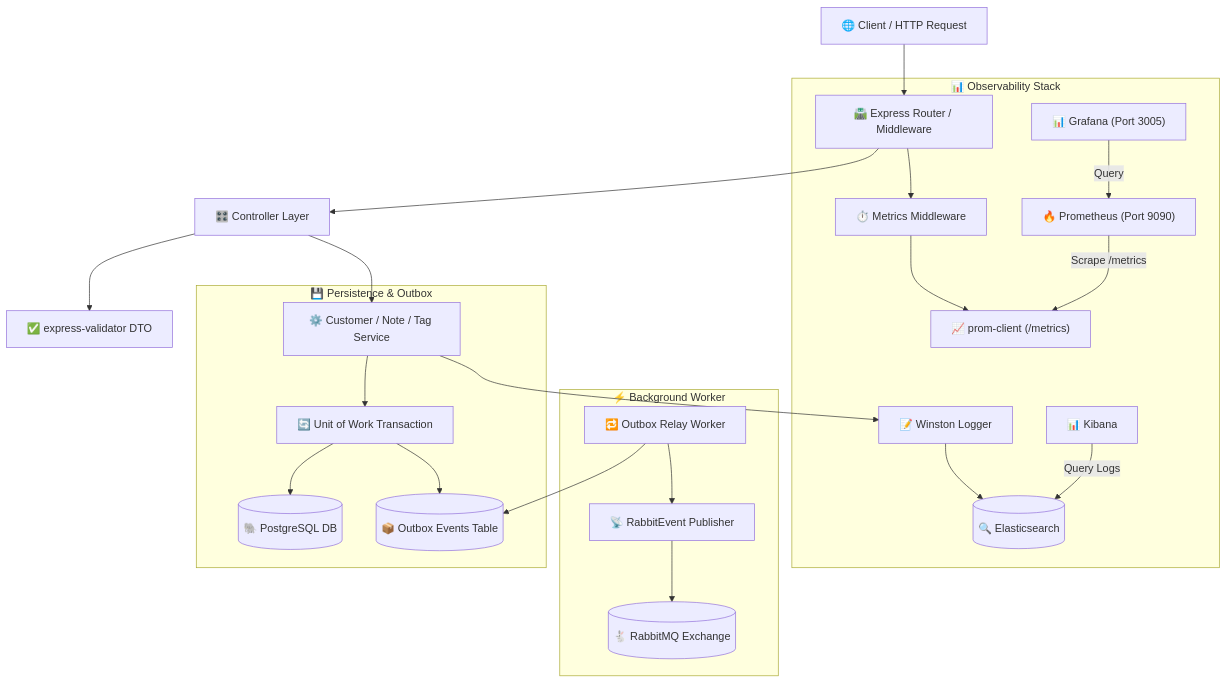
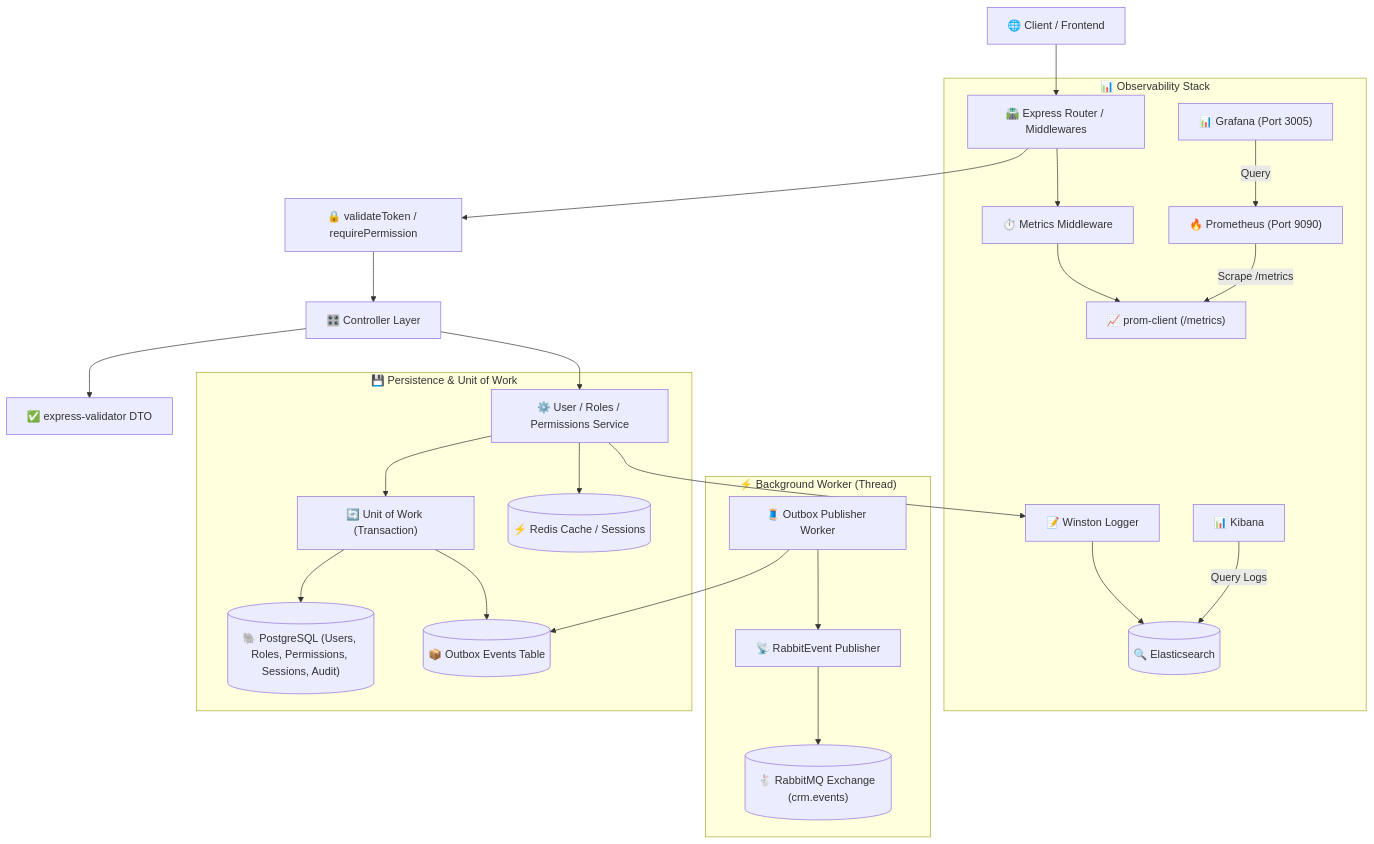
Before and after one commit to nrv23/StreamCRM-App: the first of 3 diagrams in apps/auth-service/README.md, drawn with Mermaid. The commit also changed other lines of this file and 8 other files, not shown here.

Commit message:
pasar el endpoint de set permissions a permissions.service y agregar el readme del auth service

````diff
--- a/apps/auth-service/README.md
+++ b/apps/auth-service/README.md
@@ -66,29 +74,31 @@
 ```mermaid
 graph TD
-    Client["🌐 Client / HTTP Request"] --> API["🛣️ Express Router / Middleware"]
-    API --> Ctrl["🎛️ Controller Layer"]
+    Client["🌐 Client / Frontend"] --> ExpressRouter["🛣️ Express Router / Middlewares"]
+    ExpressRouter --> AuthMW["🔒 validateToken / requirePermission"]
+    AuthMW --> Ctrl["🎛️ Controller Layer"]
     Ctrl --> Validator["✅ express-validator DTO"]
-    Ctrl --> Service["⚙️ Customer / Note / Tag Service"]
+    Ctrl --> Service["⚙️ User / Roles / Permissions Service"]
     
-    subgraph Persistence ["💾 Persistence & Outbox"]
-        Service --> UOW["🔄 Unit of Work Transaction"]
-        UOW --> DB[("🐘 PostgreSQL DB")]
+    subgraph Persistence ["💾 Persistence & Unit of Work"]
+        Service --> UOW["🔄 Unit of Work (Transaction)"]
+        UOW --> DB[("🐘 PostgreSQL (Users, Roles, Permissions, Sessions, Audit)")]
         UOW --> Outbox[("📦 Outbox Events Table")]
+        Service --> Redis[("⚡ Redis Cache / Sessions")]
     end
 
-    subgraph Background ["⚡ Background Worker"]
-        OutboxRelay["🔁 Outbox Relay Worker"] --> Outbox
-        OutboxRelay --> Publisher["📡 RabbitEvent Publisher"]
-        Publisher --> RabbitMQ[("🐇 RabbitMQ Exchange")]
+    subgraph Background ["⚡ Background Worker (Thread)"]
+        Worker["🧵 Outbox Publisher Worker"] --> Outbox
+        Worker --> RabbitPub["📡 RabbitEvent Publisher"]
+        RabbitPub --> RabbitMQ[("🐇 RabbitMQ Exchange (crm.events)")]
     end
 
     subgraph Observability ["📊 Observability Stack"]
-        API --> MetricsMiddleware["⏱️ Metrics Middleware"]
-        MetricsMiddleware --> PromClient["📈 prom-client (/metrics)"]
+        ExpressRouter --> MetricsMW["⏱️ Metrics Middleware"]
+        MetricsMW --> PromClient["📈 prom-client (/metrics)"]
         Prometheus["🔥 Prometheus (Port 9090)"] -->|Scrape /metrics| PromClient
         Grafana["📊 Grafana (Port 3005)"] -->|Query| Prometheus
         Service --> Logger["📝 Winston Logger"]
         Logger --> ES[("🔍 Elasticsearch")]
         Kibana["📊 Kibana"] -->|Query Logs| ES
     end
 ```
````
